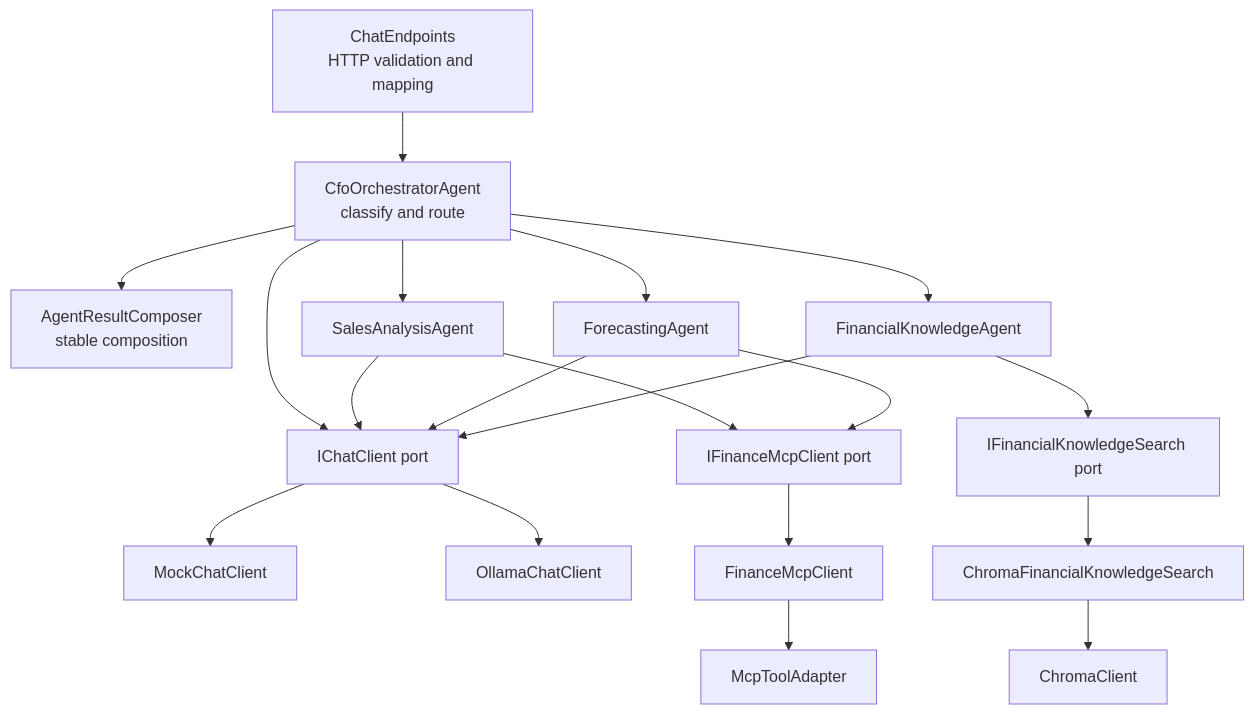
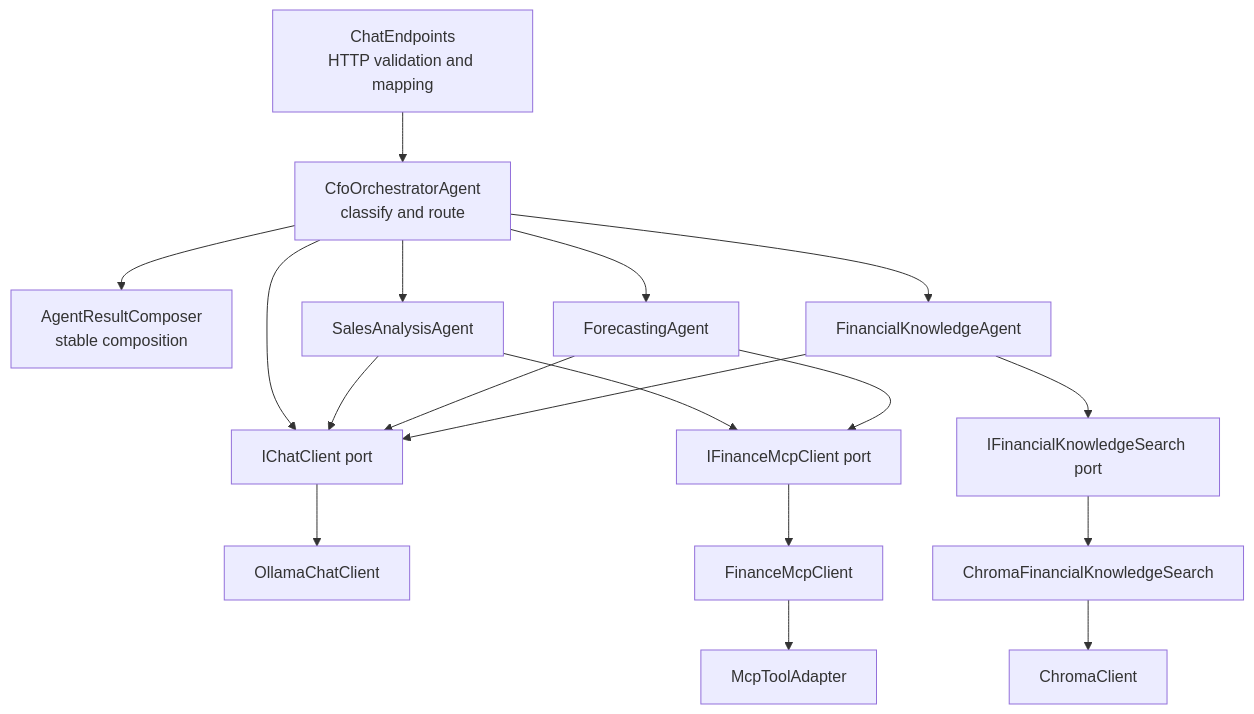
One commit to prabodharandima/ai_agent_cfo changed the second of 12 diagrams in APPLICATION_ARCHITECTURE.md. Above: the diagram before and after it, drawn with Mermaid. The commit also changed other lines of this file and 37 other files, not shown here.

````diff
--- a/APPLICATION_ARCHITECTURE.md
+++ b/APPLICATION_ARCHITECTURE.md
@@ -134,41 +132,39 @@
 ```mermaid
 flowchart TB
     Endpoint["ChatEndpoints<br/>HTTP validation and mapping"]
     Orchestrator["CfoOrchestratorAgent<br/>classify and route"]
     Composer["AgentResultComposer<br/>stable composition"]
 
     Sales[SalesAnalysisAgent]
     Forecast[ForecastingAgent]
     Knowledge[FinancialKnowledgeAgent]
 
     ChatPort[IChatClient port]
     FinancePort[IFinanceMcpClient port]
     VectorPort[IFinancialKnowledgeSearch port]
 
-    Mock[MockChatClient]
     Ollama[OllamaChatClient]
     FinanceClient[FinanceMcpClient]
     McpAdapter[McpToolAdapter]
     ChromaAdapter[ChromaFinancialKnowledgeSearch]
     ChromaClient[ChromaClient]
 
     Endpoint --> Orchestrator
     Orchestrator --> Sales
     Orchestrator --> Forecast
     Orchestrator --> Knowledge
     Orchestrator --> Composer
 
     Orchestrator --> ChatPort
     Sales --> ChatPort
     Forecast --> ChatPort
     Knowledge --> ChatPort
 
     Sales --> FinancePort
     Forecast --> FinancePort
     Knowledge --> VectorPort
 
-    ChatPort --> Mock
     ChatPort --> Ollama
     FinancePort --> FinanceClient --> McpAdapter
     VectorPort --> ChromaAdapter --> ChromaClient
 ```
````
